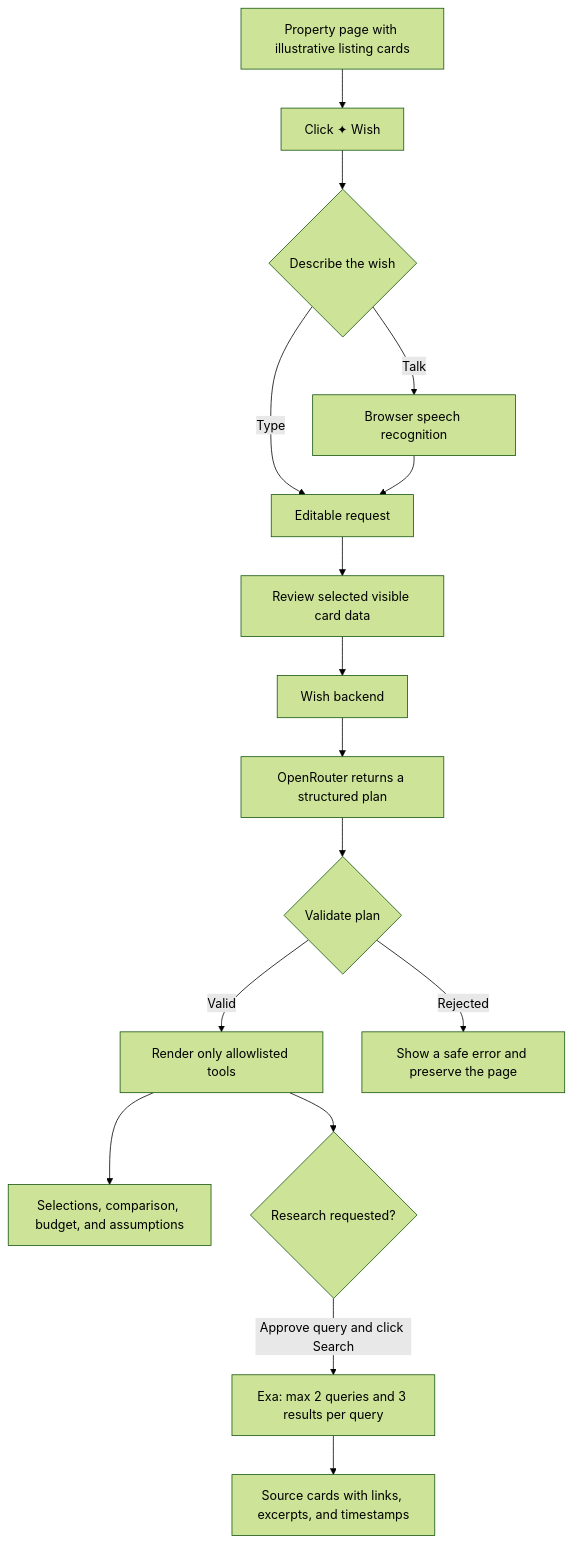
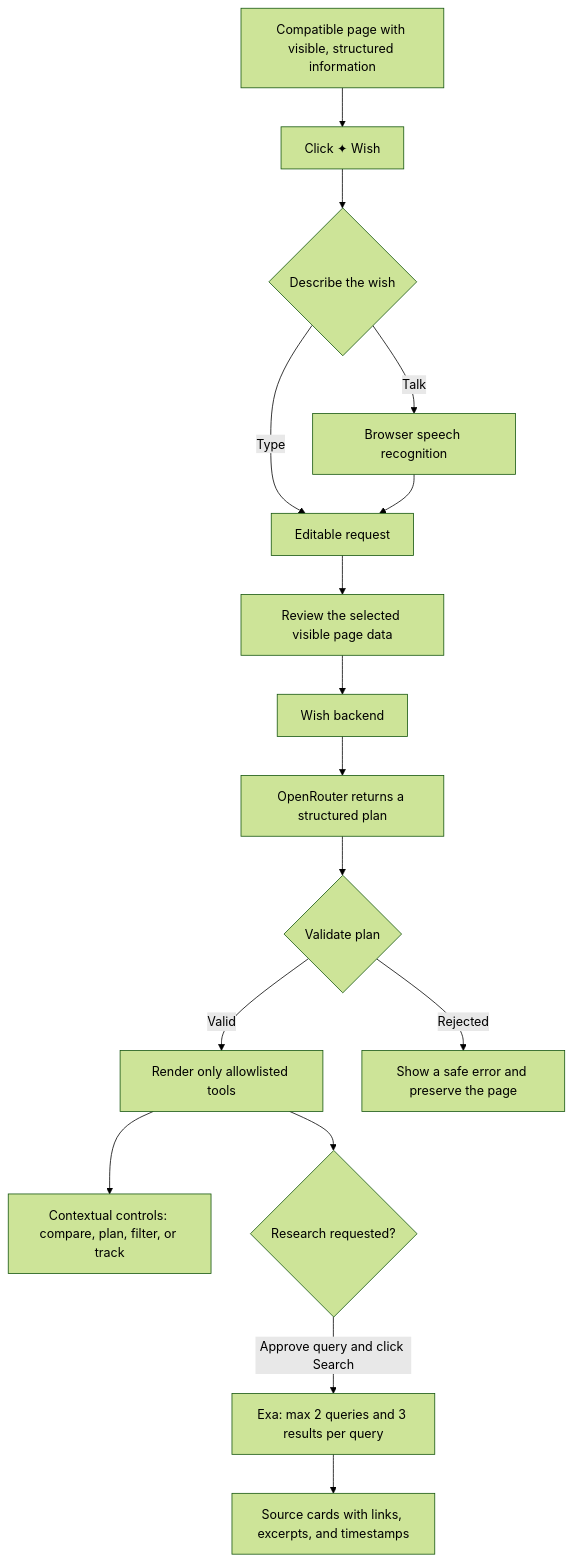
One commit to pasta55999/Wish changed the diagram in docs/WORKING_IDEA_AND_USAGE.md. Above: the diagram before and after it, drawn with Mermaid (forest theme). The commit also changed other lines of this file, not shown here.

Commit message:
docs: describe Wish platform use cases

````diff
--- a/docs/WORKING_IDEA_AND_USAGE.md
+++ b/docs/WORKING_IDEA_AND_USAGE.md
@@ -13,18 +28,18 @@
 ```mermaid
 flowchart TD
-  A[Property page with illustrative listing cards] --> B[Click ✦ Wish]
+  A[Compatible page with visible, structured information] --> B[Click ✦ Wish]
   B --> C{Describe the wish}
   C -->|Type| D[Editable request]
   C -->|Talk| E[Browser speech recognition]
   E --> D
-  D --> F[Review selected visible card data]
+  D --> F[Review the selected visible page data]
   F --> G[Wish backend]
   G --> H[OpenRouter returns a structured plan]
   H --> I{Validate plan}
   I -->|Valid| J[Render only allowlisted tools]
   I -->|Rejected| K[Show a safe error and preserve the page]
-  J --> L[Selections, comparison, budget, and assumptions]
+  J --> L[Contextual controls: compare, plan, filter, or track]
   J --> M{Research requested?}
   M -->|Approve query and click Search| N[Exa: max 2 queries and 3 results per query]
   N --> O[Source cards with links, excerpts, and timestamps]
 ```
````
